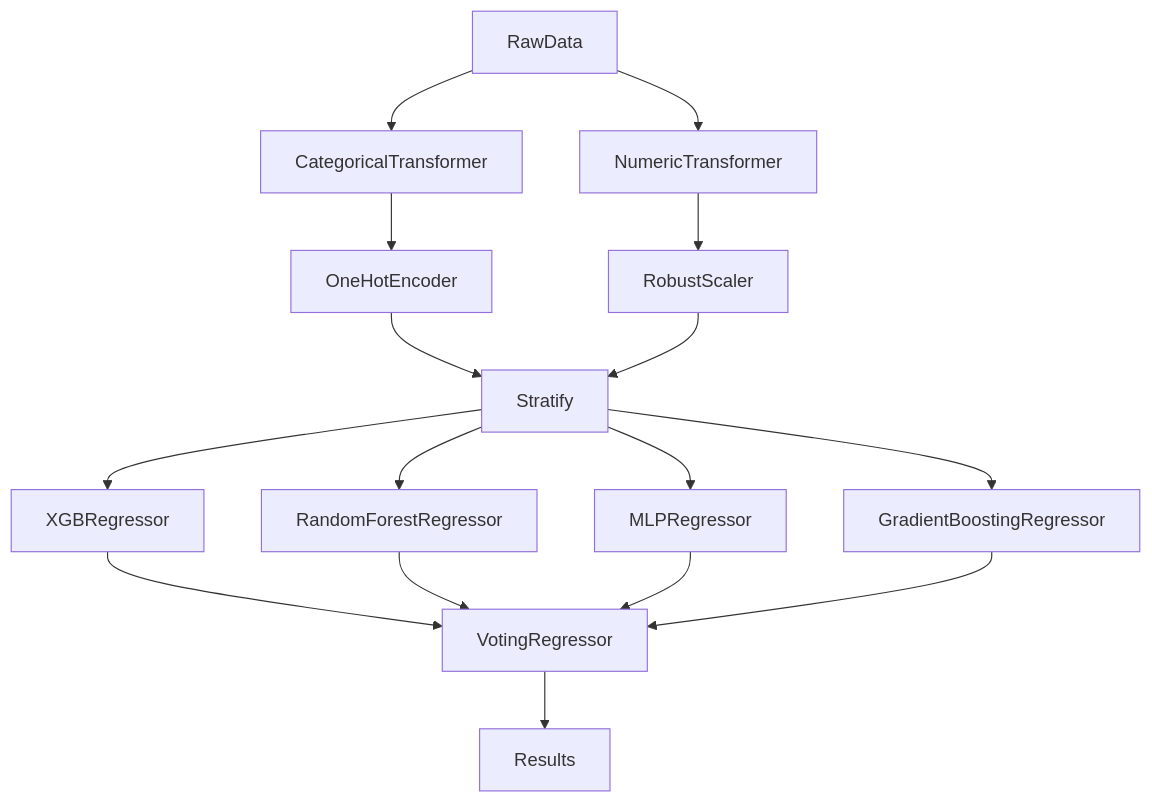
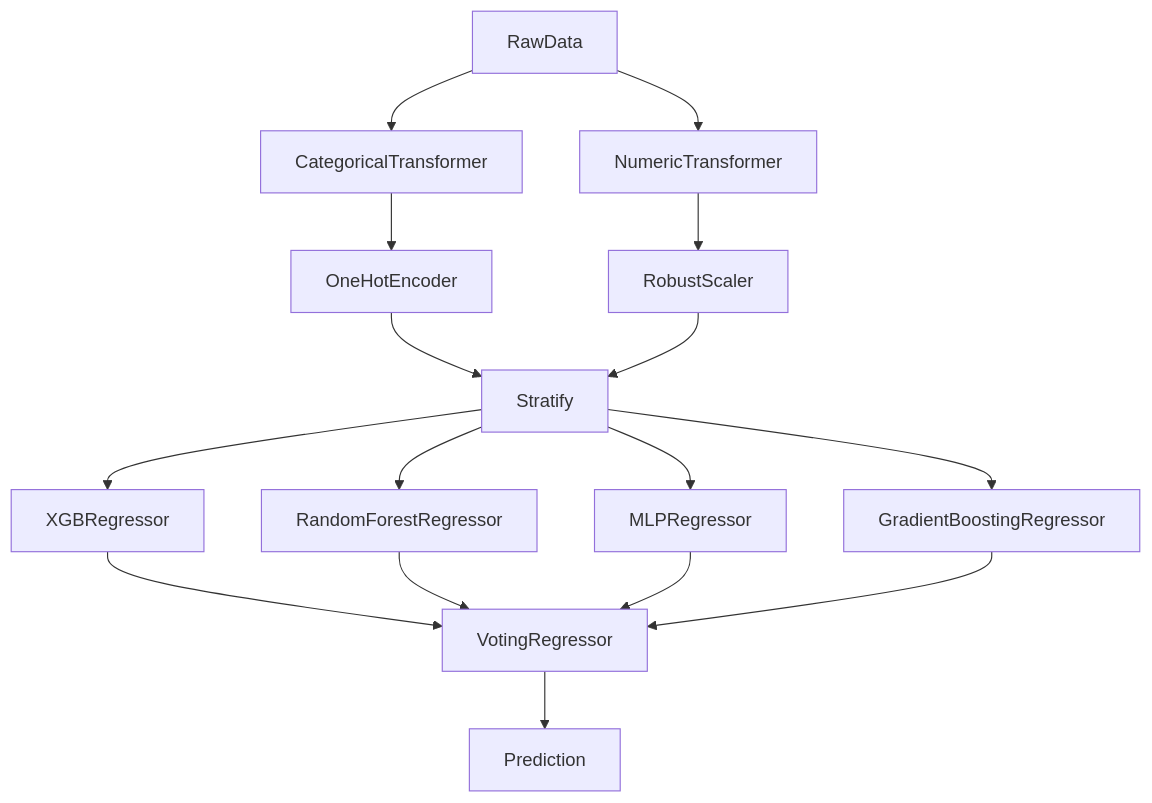
Before and after one commit to NickBok/Baseball: the diagram in Distance-Predictor/README.md, drawn with Mermaid.

````diff
--- a/Distance-Predictor/README.md
+++ b/Distance-Predictor/README.md
@@ -71,20 +71,20 @@
 ```mermaid
 graph TB
       RawData --> CategoricalTransformer;
       RawData --> NumericTransformer;
       CategoricalTransformer --> OneHotEncoder;
       OneHotEncoder --> Stratify;
       NumericTransformer --> RobustScaler;
       RobustScaler --> Stratify;
 
       Stratify-->XGBRegressor;
       Stratify-->RandomForestRegressor;
       Stratify-->MLPRegressor;
       Stratify-->GradientBoostingRegressor;
       XGBRegressor-->VotingRegressor;
       RandomForestRegressor-->VotingRegressor;
       MLPRegressor-->VotingRegressor;
       GradientBoostingRegressor-->VotingRegressor;
 
-      VotingRegressor --> Results;
+      VotingRegressor --> Prediction;
 ```
````
